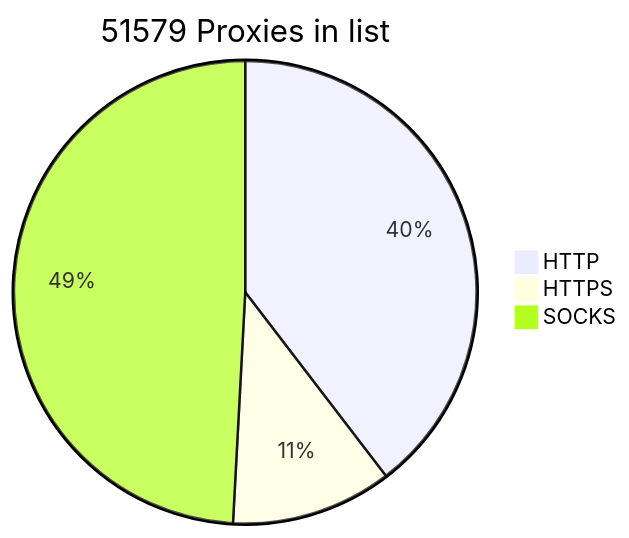
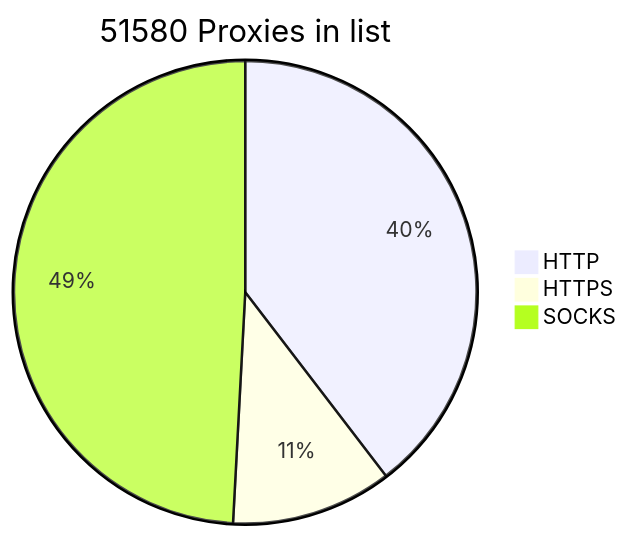
Before and after one commit to BlackSnowDot/proxylist-update-every-minute: the diagram in README.md, drawn with Mermaid.

````diff
--- a/README.md
+++ b/README.md
@@ -2,6 +2,6 @@
 ```mermaid
-pie title 51579 Proxies in list
+pie title 51580 Proxies in list
     "HTTP" : 22683
     "HTTPS": 6440
-    "SOCKS" : 28157
+    "SOCKS" : 28158
 ```
````
